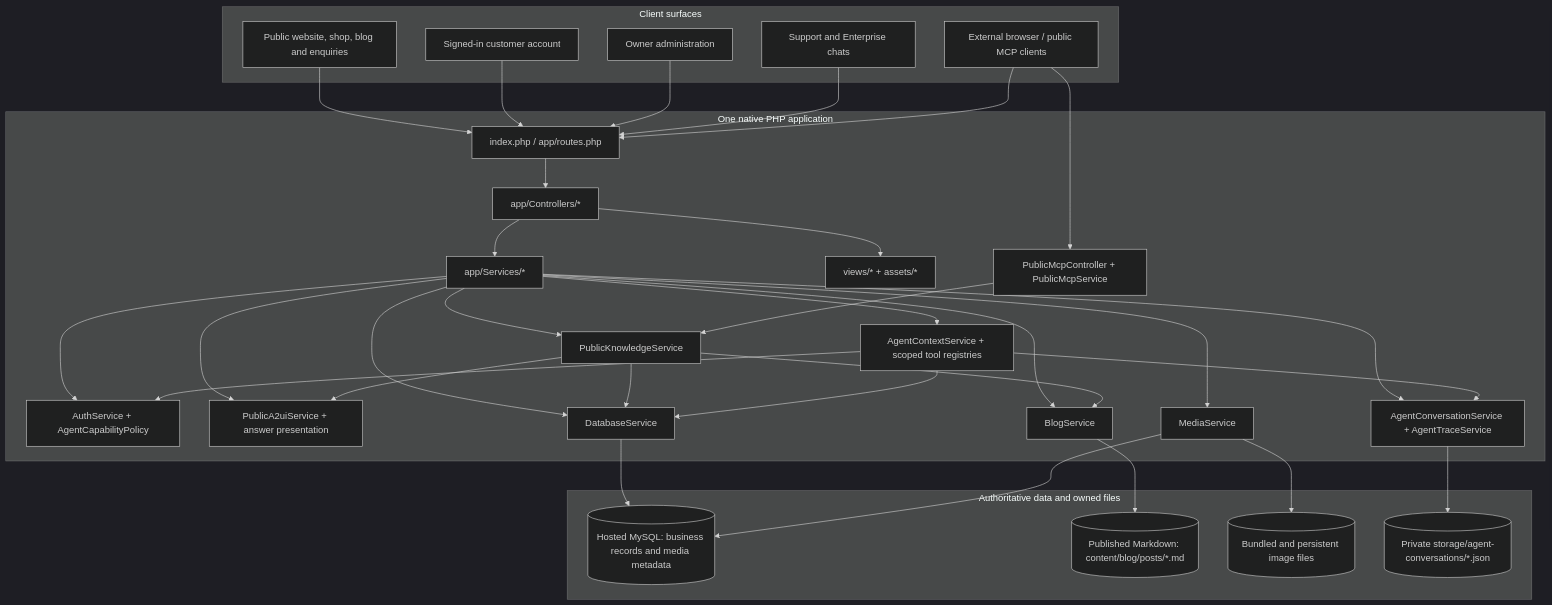
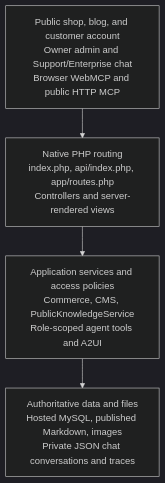
One commit to bapxmediahub/bapXphpAiBackend changed the first of 2 diagrams in README.md. Above: the diagram before and after it, drawn with Mermaid (dark theme). The commit also changed other lines of this file, not shown here.

Commit message:
docs(readme): make source-grounded architecture overview readable on mobile

````diff
--- a/README.md
+++ b/README.md
@@ -108,60 +108,8 @@
 ```mermaid
 flowchart TB
-  subgraph CLIENTS["Client surfaces"]
-    PUBLIC["Public website, shop, blog and enquiries"]
-    ACCOUNT["Signed-in customer account"]
-    OWNER["Owner administration"]
-    CHATS["Support and Enterprise chats"]
-    EXT["External browser / public MCP clients"]
-  end
-  subgraph APP["One native PHP application"]
-    ROUTES["index.php / app/routes.php"]
-    CONTROLLERS["app/Controllers/*"]
-    SERVICES["app/Services/*"]
-    VIEWS["views/* + assets/*"]
-    POLICY["AuthService + AgentCapabilityPolicy"]
-    AGENTS["AgentContextService + scoped tool registries"]
-    PUBLIC_KNOW["PublicKnowledgeService"]
-    PRESENT["PublicA2uiService + answer presentation"]
-    MCP["PublicMcpController + PublicMcpService"]
-    DATA["DatabaseService"]
-    BLOG["BlogService"]
-    MEDIA["MediaService"]
-    CHAT_STORE["AgentConversationService + AgentTraceService"]
-  end
-  subgraph STORES["Authoritative data and owned files"]
-    MYSQL[("Hosted MySQL: business records and media metadata")]
-    MD[("Published Markdown: content/blog/posts/*.md")]
-    IMAGES[("Bundled and persistent image files")]
-    JSON[("Private storage/agent-conversations/*.json")]
-  end
-  PUBLIC --> ROUTES
-  ACCOUNT --> ROUTES
-  OWNER --> ROUTES
-  CHATS --> ROUTES
-  EXT --> MCP
-  EXT --> ROUTES
-  ROUTES --> CONTROLLERS
-  CONTROLLERS --> SERVICES
-  CONTROLLERS --> VIEWS
-  SERVICES --> POLICY
-  SERVICES --> AGENTS
-  SERVICES --> PUBLIC_KNOW
-  SERVICES --> PRESENT
-  SERVICES --> DATA
-  SERVICES --> BLOG
-  SERVICES --> MEDIA
-  SERVICES --> CHAT_STORE
-  MCP --> PUBLIC_KNOW
-  PUBLIC_KNOW --> DATA
-  PUBLIC_KNOW --> BLOG
-  PUBLIC_KNOW --> PRESENT
-  AGENTS --> POLICY
-  AGENTS --> DATA
-  AGENTS --> CHAT_STORE
-  DATA --> MYSQL
-  BLOG --> MD
-  MEDIA --> MYSQL
-  MEDIA --> IMAGES
-  CHAT_STORE --> JSON
+  CLIENTS["Public shop, blog, and customer account<br/>Owner admin and Support/Enterprise chat<br/>Browser WebMCP and public HTTP MCP"]
+  ROUTING["Native PHP routing<br/>index.php, api/index.php, app/routes.php<br/>Controllers and server-rendered views"]
+  SERVICES["Application services and access policies<br/>Commerce, CMS, PublicKnowledgeService<br/>Role-scoped agent tools and A2UI"]
+  DATA["Authoritative data and files<br/>Hosted MySQL, published Markdown, images<br/>Private JSON chat conversations and traces"]
+  CLIENTS --> ROUTING --> SERVICES --> DATA
 ```
````
